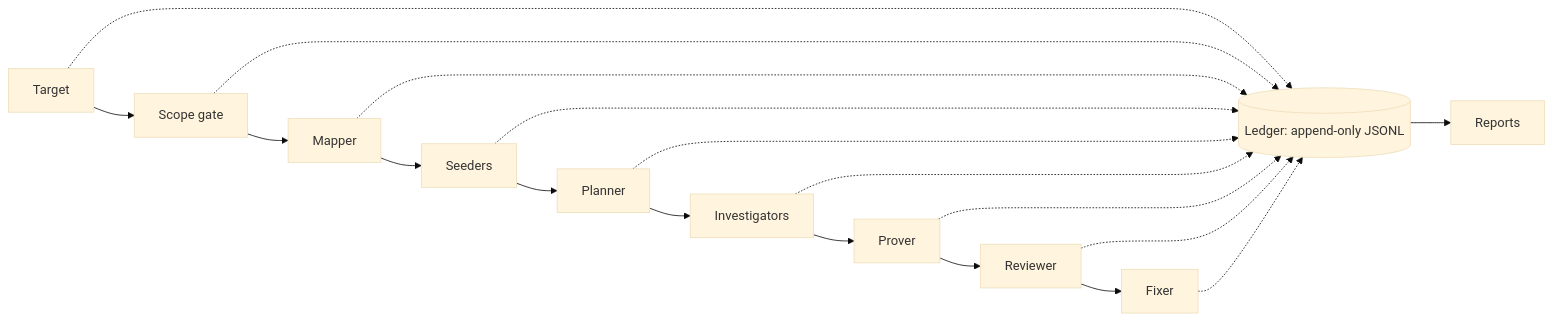
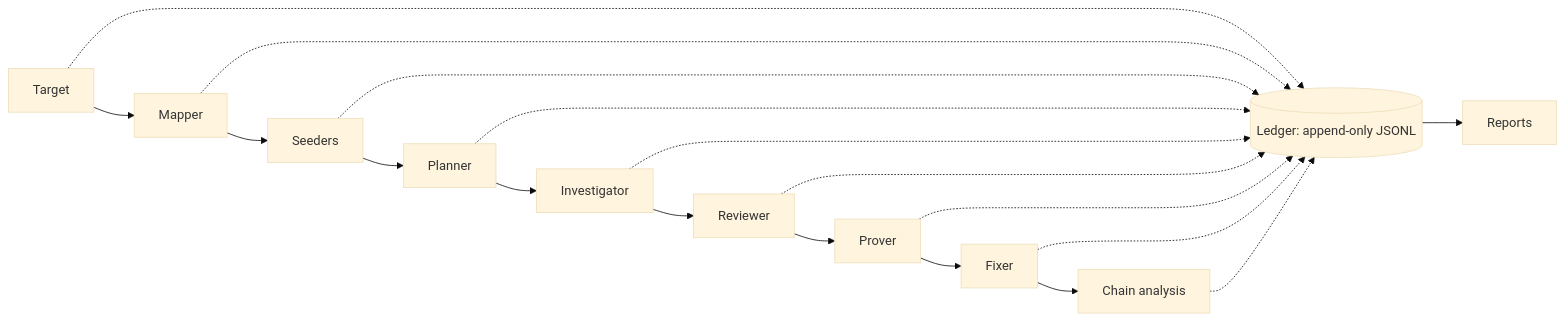
One commit to TMHSDigital/Spackle changed the diagram in docs/ARCHITECTURE.md. Above: the diagram before and after it, drawn with Mermaid (base theme). The commit also changed other lines of this file and 51 other files, not shown here.

````diff
--- a/docs/ARCHITECTURE.md
+++ b/docs/ARCHITECTURE.md
@@ -17,22 +19,22 @@
 ```mermaid
 flowchart LR
-    T[Target] --> G[Scope gate]
-    G --> M[Mapper]
+    T[Target] --> M[Mapper]
     M --> S[Seeders]
     S --> P[Planner]
-    P --> I[Investigators]
-    I --> V[Prover]
-    V --> R[Reviewer]
-    R --> F[Fixer]
+    P --> I[Investigator]
+    I --> R[Reviewer]
+    R --> V[Prover]
+    V --> F[Fixer]
+    F --> C[Chain analysis]
     L[(Ledger: append-only JSONL)]
     T -.-> L
-    G -.-> L
     M -.-> L
     S -.-> L
     P -.-> L
     I -.-> L
+    R -.-> L
     V -.-> L
-    R -.-> L
     F -.-> L
+    C -.-> L
     L --> O[Reports]
 ```
````
